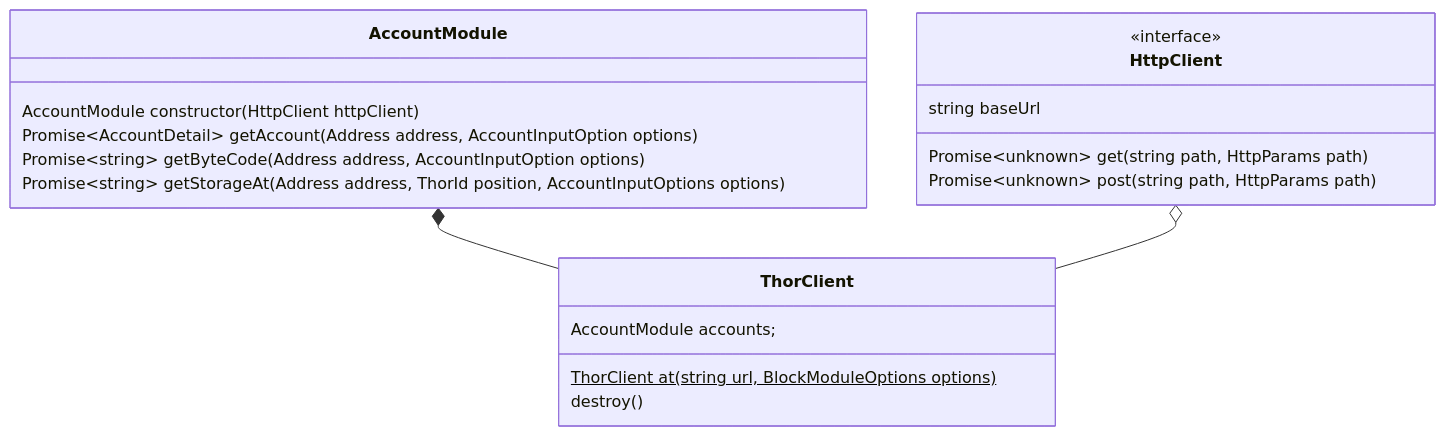
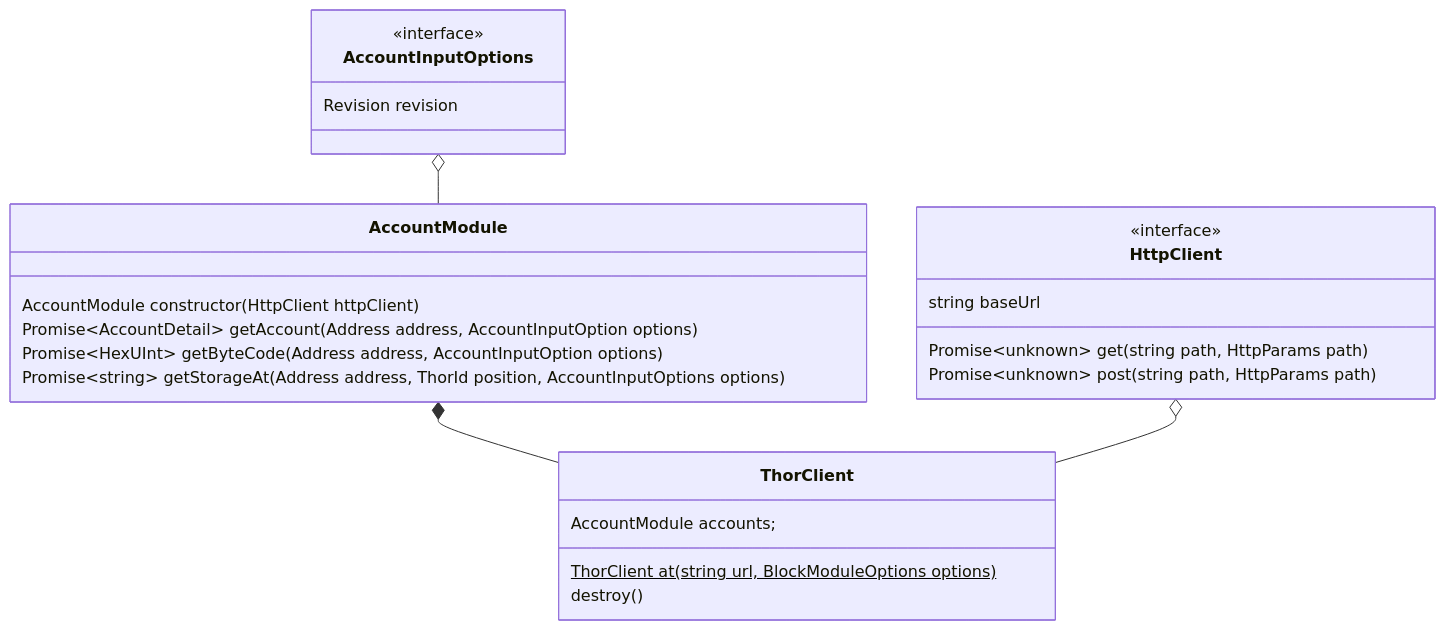
One commit to vechain/vechain-sdk-js changed the diagram in docs/diagrams/architecture/network.md. Above: the diagram before and after it, drawn with Mermaid. The commit also changed 9 other files, not shown here.

Commit message:
feat: 1450 account module refactoring

````diff
--- a/docs/diagrams/architecture/network.md
+++ b/docs/diagrams/architecture/network.md
@@ -1,23 +1,28 @@
 ```mermaid
 classDiagram
+    class AccountInputOptions {
+        <<interface>>
+        Revision revision
+    }
     class AccountModule {
         AccountModule constructor(HttpClient httpClient)
         Promise~AccountDetail~ getAccount(Address address, AccountInputOption options)
-        Promise~string~ getByteCode(Address address, AccountInputOption options)
+        Promise~HexUInt~ getByteCode(Address address, AccountInputOption options)
         Promise~string~ getStorageAt(Address address, ThorId position, AccountInputOptions options)
     }
     class HttpClient {
         <<interface>>
         string baseUrl
         Promise~unknown~ get(string path, HttpParams path)
         Promise~unknown~ post(string path, HttpParams path)
     }
     class ThorClient {
         AccountModule accounts;
         ThorClient at(string url, BlockModuleOptions options)$
         destroy()
     }
+    AccountInputOptions o-- AccountModule
     AccountModule *-- ThorClient
     HttpClient o-- ThorClient
-    
+
 ```
````
